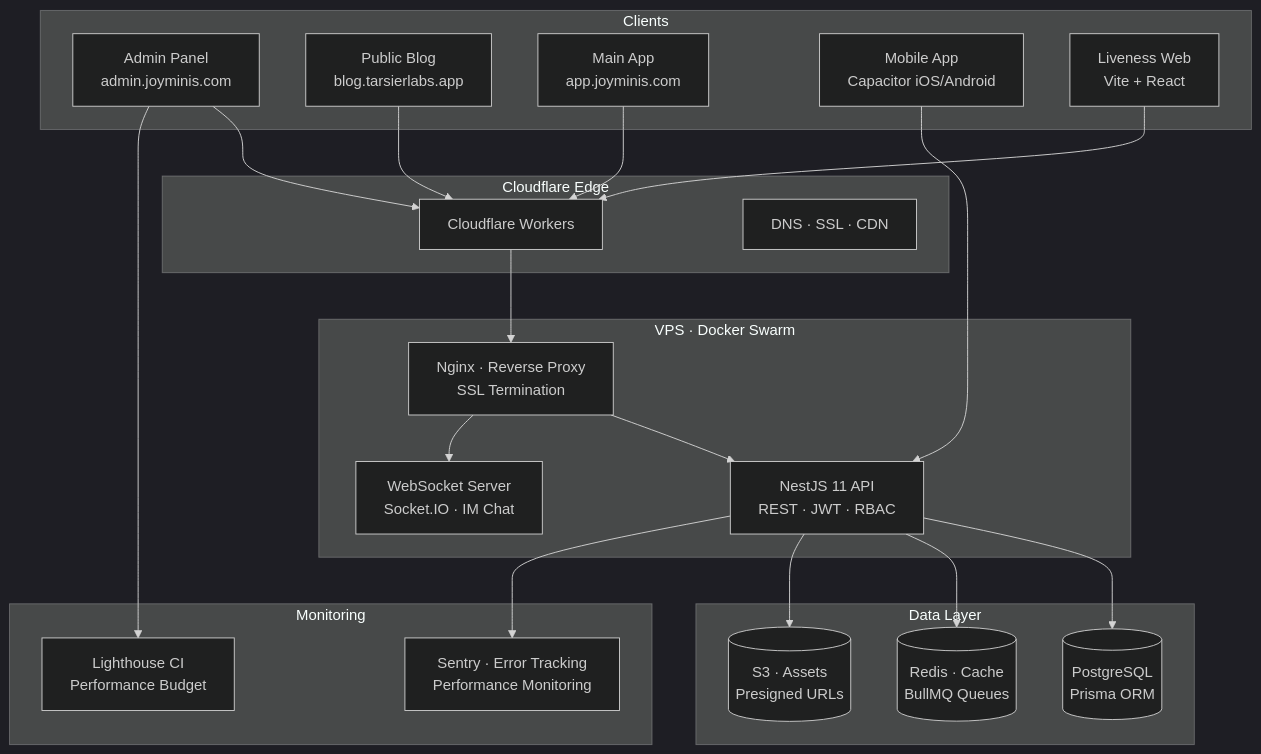
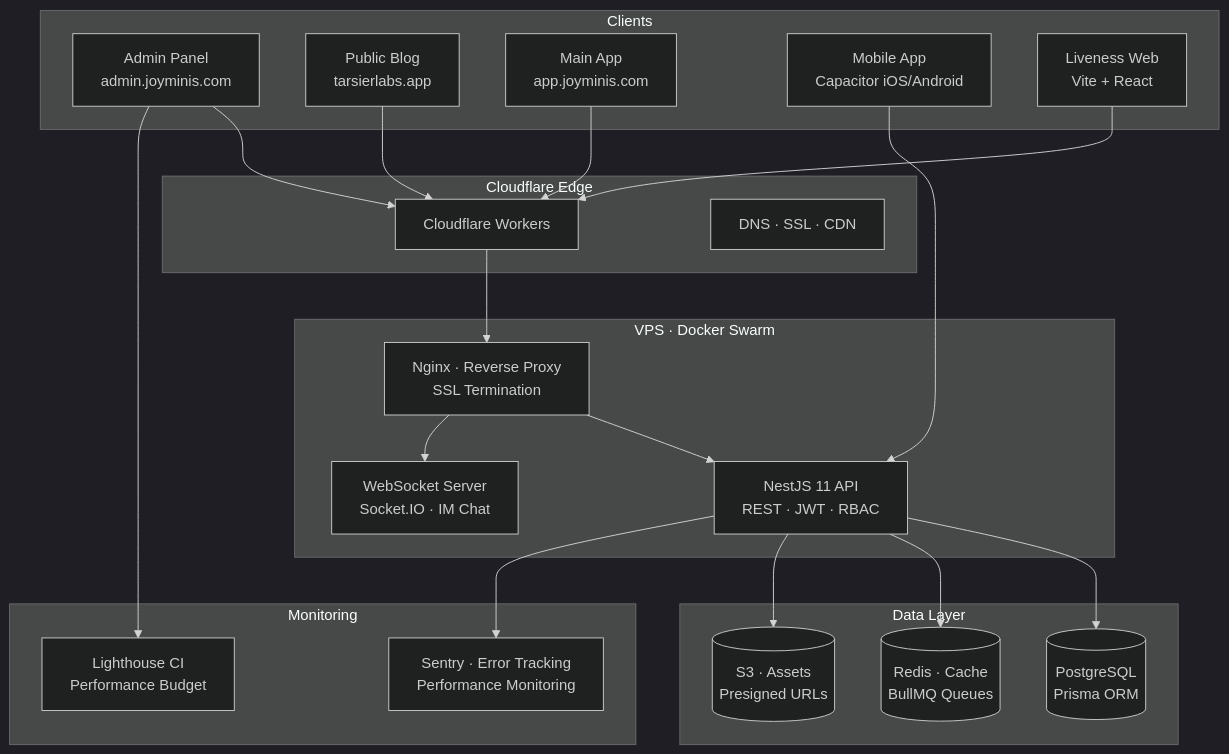
One commit to MrBigPorter/JoyMini_Nest_Monorepo changed the first of 2 diagrams in README.md. Above: the diagram before and after it, drawn with Mermaid (dark theme). The commit also changed other lines of this file, not shown here.

Commit message:
fix(docs): update live demo links to include Blog Admin URL

````diff
--- a/README.md
+++ b/README.md
@@ -360,46 +360,46 @@
 ```mermaid
 graph TB
     subgraph Clients["Clients"]
         Admin["Admin Panel<br/>admin.joyminis.com"]
-        Blog["Public Blog<br/>blog.tarsierlabs.app"]
+        Blog["Public Blog<br/>tarsierlabs.app"]
         App["Main App<br/>app.joyminis.com"]
         Mobile["Mobile App<br/>Capacitor iOS/Android"]
         Liveness["Liveness Web<br/>Vite + React"]
     end
 
     subgraph Edge["Cloudflare Edge"]
         Workers["Cloudflare Workers"]
         DNS["DNS · SSL · CDN"]
     end
 
     subgraph VPS["VPS · Docker Swarm"]
         API["NestJS 11 API<br/>REST · JWT · RBAC"]
         WS["WebSocket Server<br/>Socket.IO · IM Chat"]
         Nginx["Nginx · Reverse Proxy<br/>SSL Termination"]
     end
 
     subgraph Data["Data Layer"]
         PG[("PostgreSQL<br/>Prisma ORM")]
         Redis[("Redis · Cache<br/>BullMQ Queues")]
         S3[("S3 · Assets<br/>Presigned URLs")]
     end
 
     subgraph Monitoring["Monitoring"]
         Sentry["Sentry · Error Tracking<br/>Performance Monitoring"]
         LH["Lighthouse CI<br/>Performance Budget"]
     end
 
     Admin --> Workers
     Blog --> Workers
     App --> Workers
     Mobile --> API
     Liveness --> Workers
     Workers --> Nginx
     Nginx --> API
     Nginx --> WS
     API --> PG
     API --> Redis
     API --> S3
     API --> Sentry
     Admin --> LH
 ```
````
